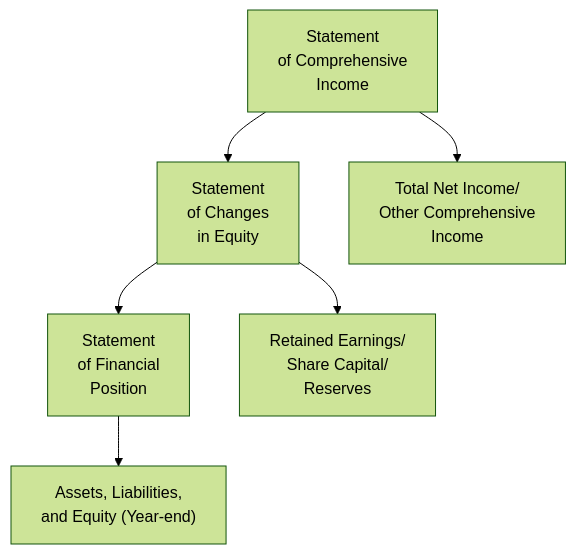
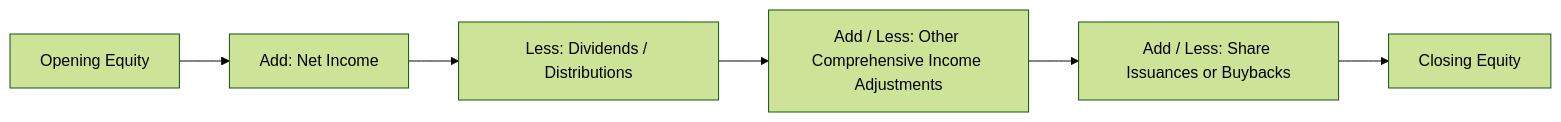
One commit to MasteryEducation/SecuritiesExamsMastery.ca changed the diagram in content/ifc/9/4/index.md. Above: the diagram before and after it, drawn with Mermaid (forest theme). The commit also changed other lines of this file and 130 other files, not shown here.

````diff
--- a/content/ifc/9/4/index.md
+++ b/content/ifc/9/4/index.md
@@ -98,9 +91,8 @@
 ```mermaid
-flowchart TB
-    A["Statement <br/>of Comprehensive <br/>Income"] --> B["Statement <br/>of Changes <br/>in Equity"]
-    B --> C["Statement <br/>of Financial <br/>Position"]
-
-    A --> D["Total Net Income/ <br/>Other Comprehensive <br/>Income"]
-    B --> E["Retained Earnings/ <br/>Share Capital/ <br/>Reserves"]
-    C --> F["Assets, Liabilities, <br/>and Equity (Year-end)"]
+flowchart LR
+    A["Opening Equity"] --> B["Add: Net Income"]
+    B --> C["Less: Dividends / Distributions"]
+    C --> D["Add / Less: Other Comprehensive Income Adjustments"]
+    D --> E["Add / Less: Share Issuances or Buybacks"]
+    E --> F["Closing Equity"]
 ```
````
